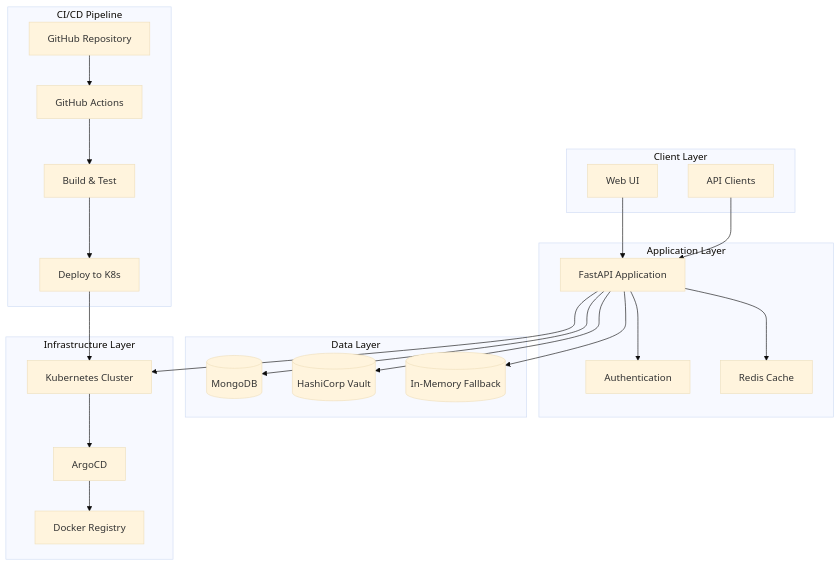
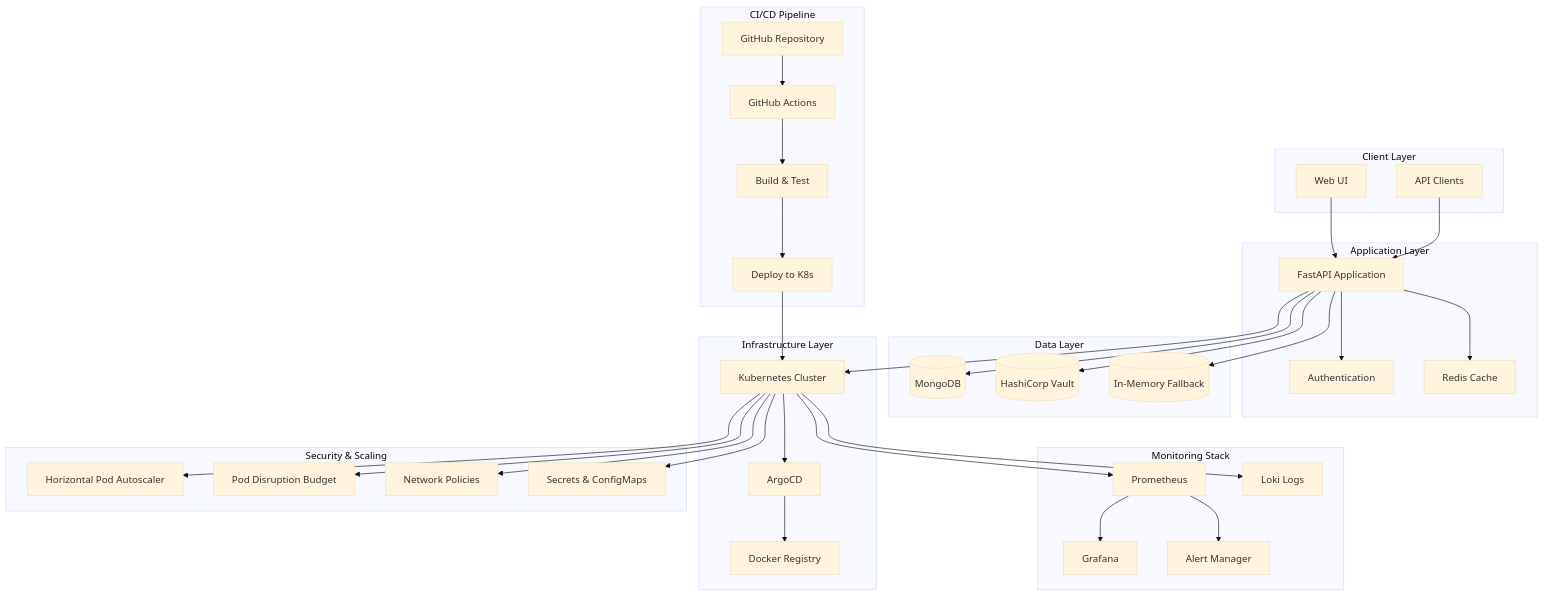
Before and after one commit to bonaventuresimeon/NativeSeries: the first of 4 diagrams in README.md, drawn with Mermaid (base theme). The commit also changed other lines of this file, not shown here.

Commit message:
Add monitoring, security, and auto-scaling features to README

````diff
--- a/README.md
+++ b/README.md
@@ -59,47 +91,69 @@
 ```mermaid
 graph TB
     subgraph "Client Layer"
         UI[Web UI]
         API[API Clients]
     end
     
     subgraph "Application Layer"
         FastAPI[FastAPI Application]
         Auth[Authentication]
         Cache[Redis Cache]
     end
     
     subgraph "Data Layer"
         MongoDB[(MongoDB)]
         Vault[(HashiCorp Vault)]
         Memory[(In-Memory Fallback)]
     end
     
     subgraph "Infrastructure Layer"
         K8s[Kubernetes Cluster]
         ArgoCD[ArgoCD]
         Docker[Docker Registry]
     end
     
+    subgraph "Monitoring Stack"
+        Prometheus[Prometheus]
+        Grafana[Grafana]
+        Loki[Loki Logs]
+        AlertManager[Alert Manager]
+    end
+    
+    subgraph "Security & Scaling"
+        HPA[Horizontal Pod Autoscaler]
+        PDB[Pod Disruption Budget]
+        NetworkPolicy[Network Policies]
+        Secrets[Secrets & ConfigMaps]
+    end
+    
     subgraph "CI/CD Pipeline"
         GitHub[GitHub Repository]
         Actions[GitHub Actions]
         Build[Build & Test]
         Deploy[Deploy to K8s]
     end
     
     UI --> FastAPI
     API --> FastAPI
     FastAPI --> Auth
     FastAPI --> Cache
     FastAPI --> MongoDB
     FastAPI --> Vault
     FastAPI --> Memory
     FastAPI --> K8s
     K8s --> ArgoCD
     ArgoCD --> Docker
+    K8s --> Prometheus
+    Prometheus --> Grafana
+    K8s --> Loki
+    Prometheus --> AlertManager
+    K8s --> HPA
+    K8s --> PDB
+    K8s --> NetworkPolicy
+    K8s --> Secrets
     GitHub --> Actions
     Actions --> Build
     Build --> Deploy
     Deploy --> K8s
 ```
````
